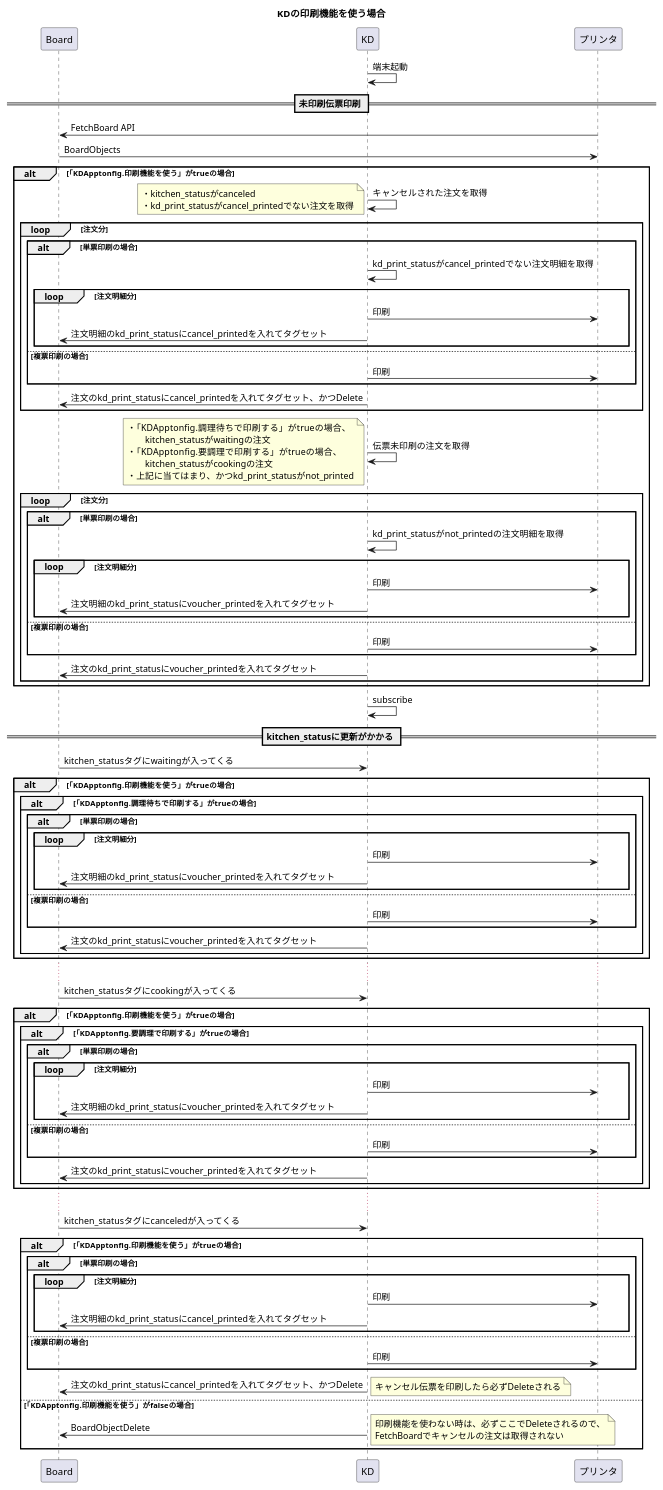
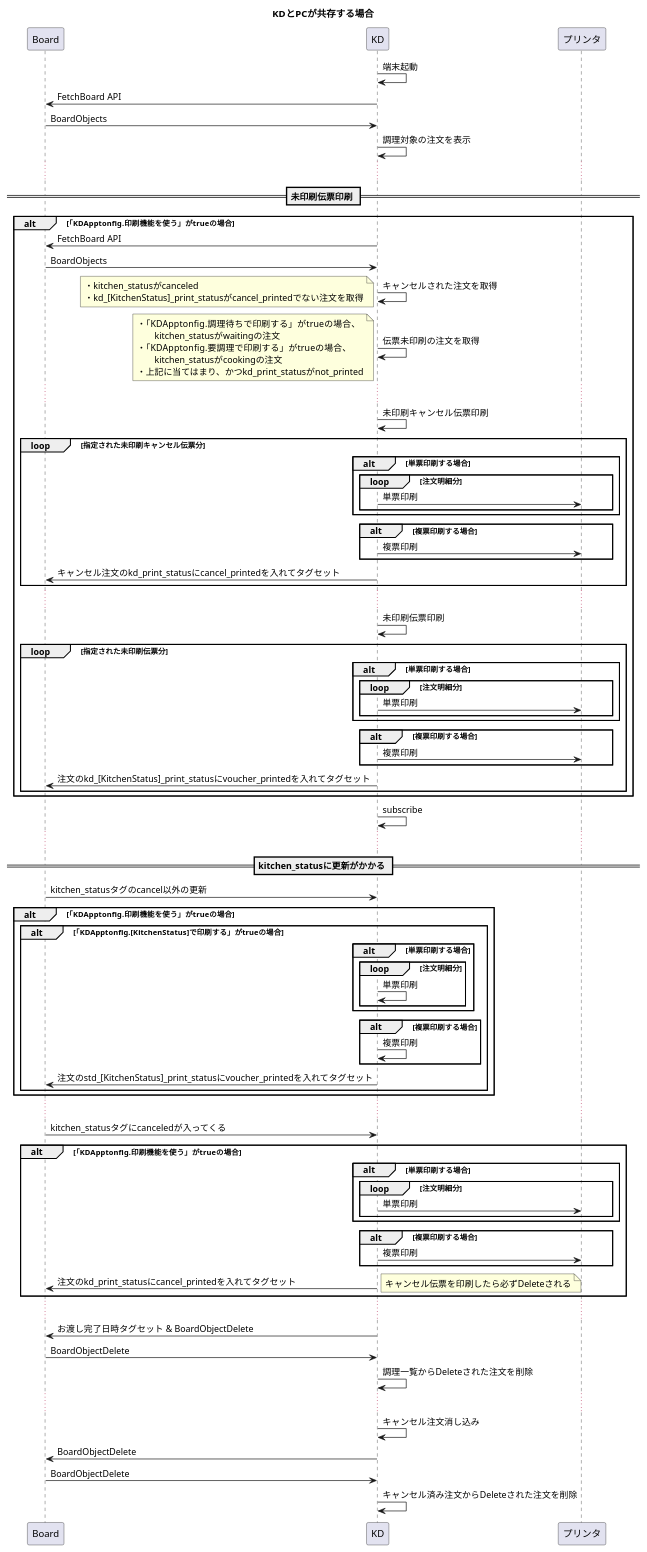
The diagram in instore/pc_with_kd.pu (kmurata08/plantuml-editor), drawn with PlantUML before and after one commit. The commit also changed 2 other files, not shown here.

Commit message:
Edit sequence

```diff
--- a/instore/pc_with_kd.pu
+++ b/instore/pc_with_kd.pu
@@ -1,111 +1,113 @@
-title KDの印刷機能を使う場合
+title KDとPCが共存する場合
 
 participant Board as b
 participant KD as k
 participant プリンタ as pt
 
 k -> k: 端末起動
+k -> b: FetchBoard API
+b -> k: BoardObjects
+k -> k: 調理対象の注文を表示
+
+...
 
 == 未印刷伝票印刷 ==
-pt -> b: FetchBoard API
-b -> pt: BoardObjects
-
 alt 「KDApptonfig.印刷機能を使う」がtrueの場合
+    k -> b: FetchBoard API
+    b -> k: BoardObjects
     k -> k: キャンセルされた注文を取得
     note left
         ・kitchen_statusがcanceled
-        ・kd_print_statusがcancel_printedでない注文を取得
+        ・kd_[KitchenStatus]_print_statusがcancel_printedでない注文を取得
     end note
-    loop 注文分
-        alt 単票印刷の場合
-            k -> k: kd_print_statusがcancel_printedでない注文明細を取得
-            loop 注文明細分
-                k -> pt: 印刷
-                k -> b: 注文明細のkd_print_statusにcancel_printedを入れてタグセット
-            end
-        else 複票印刷の場合
-            k -> pt: 印刷
-        end
-        k -> b: 注文のkd_print_statusにcancel_printedを入れてタグセット、かつDelete
-    end
 
     k -> k: 伝票未印刷の注文を取得
     note left
         ・「KDApptonfig.調理待ちで印刷する」がtrueの場合、
         　　kitchen_statusがwaitingの注文
         ・「KDApptonfig.要調理で印刷する」がtrueの場合、
         　　kitchen_statusがcookingの注文
         ・上記に当てはまり、かつkd_print_statusがnot_printed
     end note
-    loop 注文分
-        alt 単票印刷の場合
-            k -> k: kd_print_statusがnot_printedの注文明細を取得
+
+    ...
+
+    k -> k: 未印刷キャンセル伝票印刷
+    loop 指定された未印刷キャンセル伝票分
+        alt 単票印刷する場合
             loop 注文明細分
-                k -> pt: 印刷
-                k -> b: 注文明細のkd_print_statusにvoucher_printedを入れてタグセット
+                k -> pt: 単票印刷
             end
-        else 複票印刷の場合
-            k -> pt: 印刷
         end
-        k -> b: 注文のkd_print_statusにvoucher_printedを入れてタグセット
+        alt 複票印刷する場合
+            k -> pt: 複票印刷
+        end
+        k -> b: キャンセル注文のkd_print_statusにcancel_printedを入れてタグセット
+    end
+
+    ...
+
+    k -> k: 未印刷伝票印刷
+    loop 指定された未印刷伝票分
+        alt 単票印刷する場合
+            loop 注文明細分
+                k -> pt: 単票印刷
+            end
+        end
+        alt 複票印刷する場合
+            k -> pt: 複票印刷
+        end
+        k -> b: 注文のkd_[KitchenStatus]_print_statusにvoucher_printedを入れてタグセット
     end
 end
 
 k -> k: subscribe
 
-== kitchen_statusに更新がかかる ==
-b -> k: kitchen_statusタグにwaitingが入ってくる
-alt 「KDApptonfig.印刷機能を使う」がtrueの場合
-    alt 「KDApptonfig.調理待ちで印刷する」がtrueの場合
-        alt 単票印刷の場合
-            loop 注文明細分
-                k -> pt: 印刷
-                k -> b: 注文明細のkd_print_statusにvoucher_printedを入れてタグセット
-            end
-        else 複票印刷の場合
-            k -> pt: 印刷
-        end
-        k -> b: 注文のkd_print_statusにvoucher_printedを入れてタグセット
-    end
-end
-
 ...
 
-b -> k: kitchen_statusタグにcookingが入ってくる
+== kitchen_statusに更新がかかる ==
+b -> k: kitchen_statusタグのcancel以外の更新
 alt 「KDApptonfig.印刷機能を使う」がtrueの場合
-    alt 「KDApptonfig.要調理で印刷する」がtrueの場合
-        alt 単票印刷の場合
+    alt 「KDApptonfig.[KitchenStatus]で印刷する」がtrueの場合
+        alt 単票印刷する場合
             loop 注文明細分
-                k -> pt: 印刷
-                k -> b: 注文明細のkd_print_statusにvoucher_printedを入れてタグセット
+                k -> k: 単票印刷
             end
-        else 複票印刷の場合
-            k -> pt: 印刷
         end
-        k -> b: 注文のkd_print_statusにvoucher_printedを入れてタグセット
+        alt 複票印刷する場合
+            k -> k: 複票印刷
+        end
+        k -> b: 注文のstd_[KitchenStatus]_print_statusにvoucher_printedを入れてタグセット
     end
 end
 
 ...
 
 b -> k: kitchen_statusタグにcanceledが入ってくる
 alt 「KDApptonfig.印刷機能を使う」がtrueの場合
-    alt 単票印刷の場合
-        loop 注文明細分
-            k -> pt: 印刷
-            k -> b: 注文明細のkd_print_statusにcancel_printedを入れてタグセット
+        alt 単票印刷する場合
+            loop 注文明細分
+                k -> pt: 単票印刷
+            end
         end
-    else 複票印刷の場合
-        k -> pt: 印刷
-    end
-    k -> b: 注文のkd_print_statusにcancel_printedを入れてタグセット、かつDelete
+        alt 複票印刷する場合
+            k -> pt: 複票印刷
+        end
+    k -> b: 注文のkd_print_statusにcancel_printedを入れてタグセット
     note right
         キャンセル伝票を印刷したら必ずDeleteされる
     end note
-else 「KDApptonfig.印刷機能を使う」がfalseの場合
-    k -> b: BoardObjectDelete
-    note right
-        印刷機能を使わない時は、必ずここでDeleteされるので、
-        FetchBoardでキャンセルの注文は取得されない
-    end note
 end
+
+...
+
+k -> b: お渡し完了日時タグセット & BoardObjectDelete
+b -> k: BoardObjectDelete
+k -> k: 調理一覧からDeleteされた注文を削除
+
+...
+
+k -> k: キャンセル注文消し込み
+k -> b: BoardObjectDelete
+b -> k: BoardObjectDelete
+k -> k: キャンセル済み注文からDeleteされた注文を削除
```
